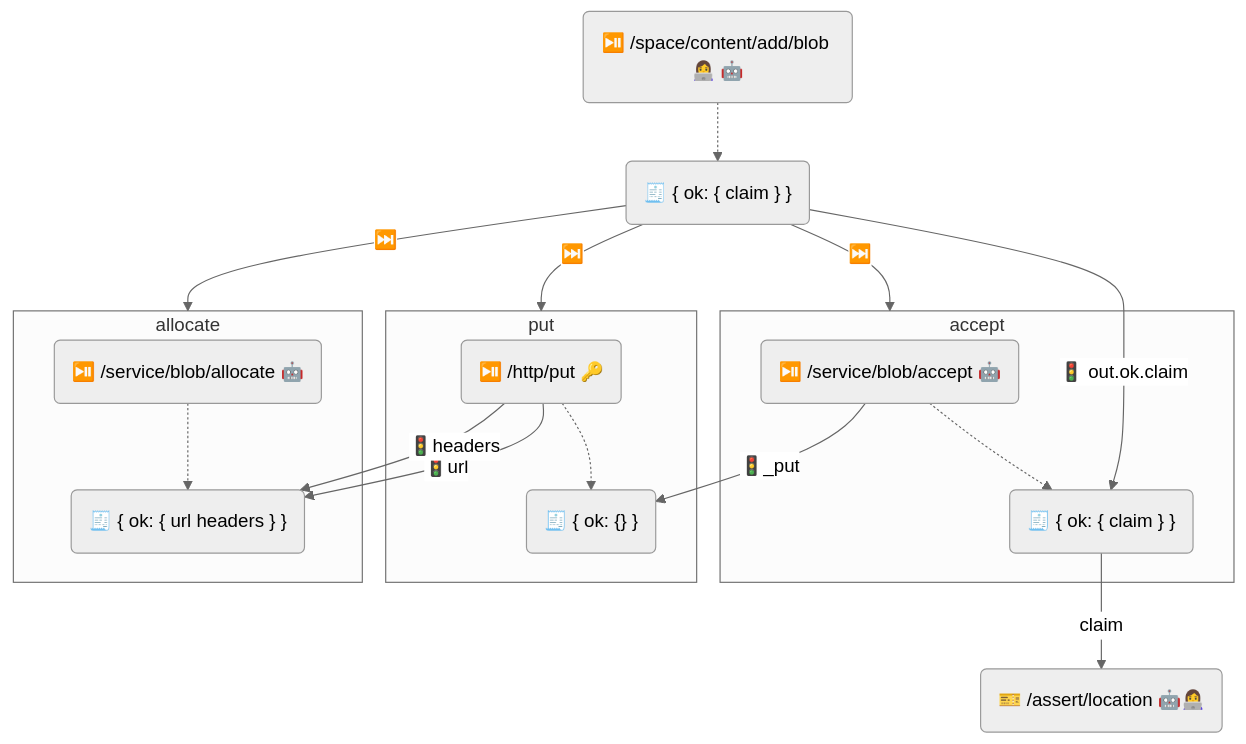
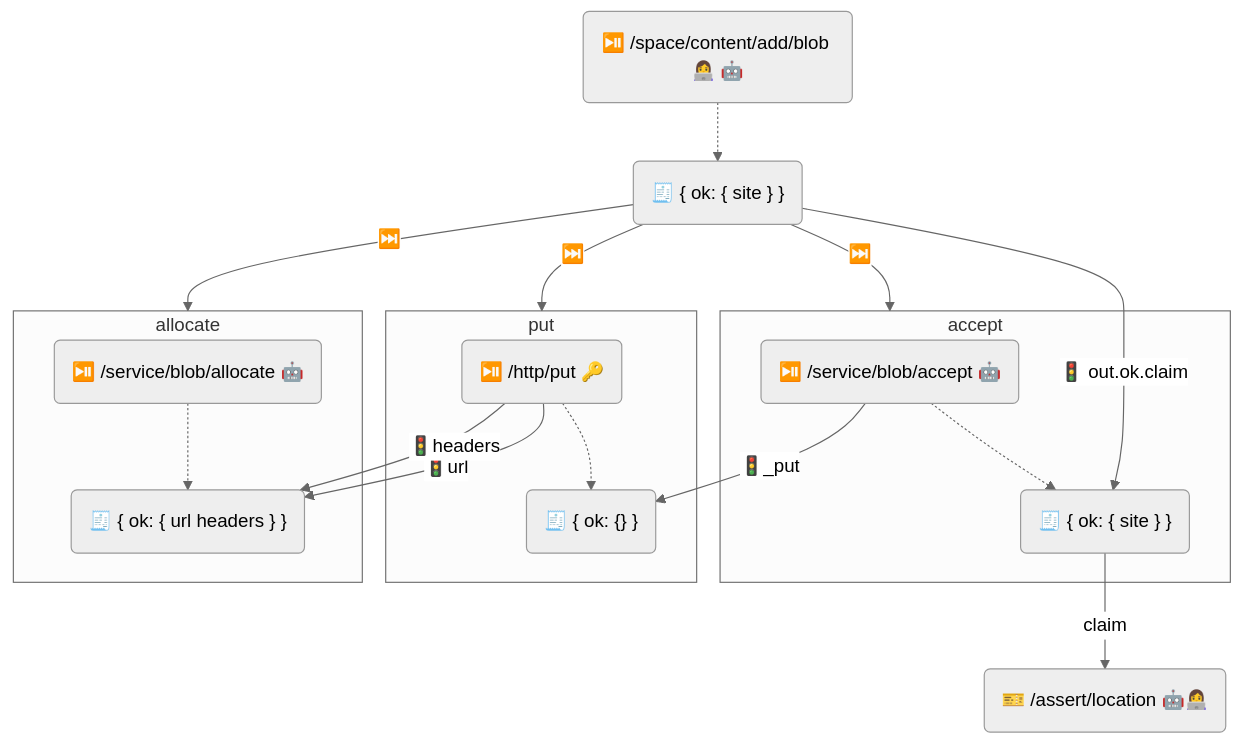
One commit to storacha/specs changed the diagram in w3-blob.md. Above: the diagram before and after it, drawn with Mermaid (neutral theme). The commit also changed other lines of this file, not shown here.

````diff
--- a/w3-blob.md
+++ b/w3-blob.md
@@ -56,47 +56,47 @@
 ```mermaid
 flowchart TB
 Add("⏯️ /space/content/add/blob 👩‍💻 🤖")
-AddOk("🧾 { ok: { claim } }")
+AddOk("🧾 { ok: { site } }")
 
 
 subgraph accept
 Accept("⏯️ /service/blob/accept 🤖")
-AcceptOk("🧾 { ok: { claim } }")
+AcceptOk("🧾 { ok: { site } }")
 end
 
 subgraph put
 Put("⏯️ /http/put 🔑")
 PutOk("🧾 { ok: {} }")
 end
 
 
 subgraph allocate
 Allocate("⏯️ /service/blob/allocate 🤖")
 AllocateOk("🧾 { ok: { url headers } }")
 end
 
 Claim("🎫 /assert/location 🤖👩‍💻")
 
 
 
 Add -.-> AddOk
 AddOk -- ⏭️ --> allocate
 AddOk -- ⏭️ --> put
 AddOk -- ⏭️ --> accept
 AddOk -- 🚦 out.ok.claim --> AcceptOk
 
 
 
 Allocate -.-> AllocateOk
 
 Put -- 🚦url --> AllocateOk
 Put -- 🚦headers --> AllocateOk
 
 Put -.-> PutOk
 
 
 
 Accept -- 🚦_put --> PutOk
 Accept -.-> AcceptOk
 AcceptOk -- claim --> Claim
 ```
````
